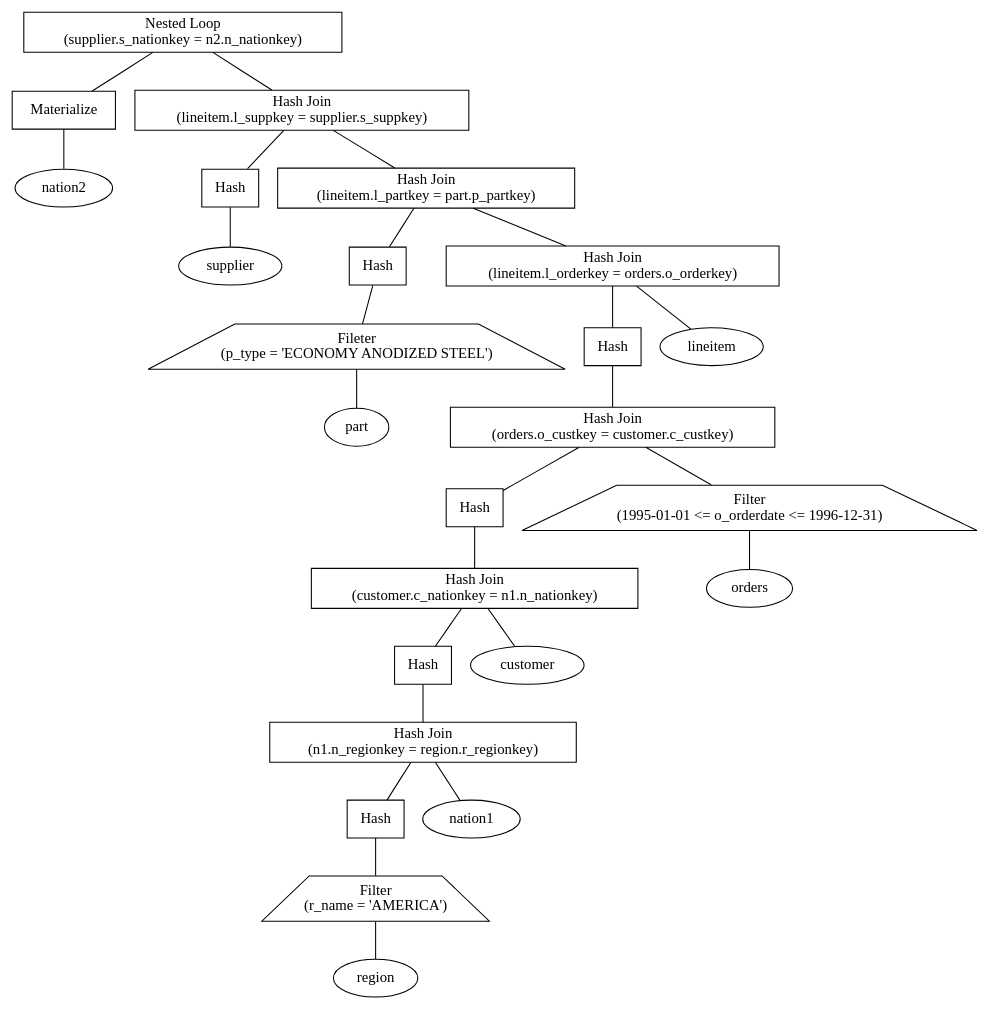
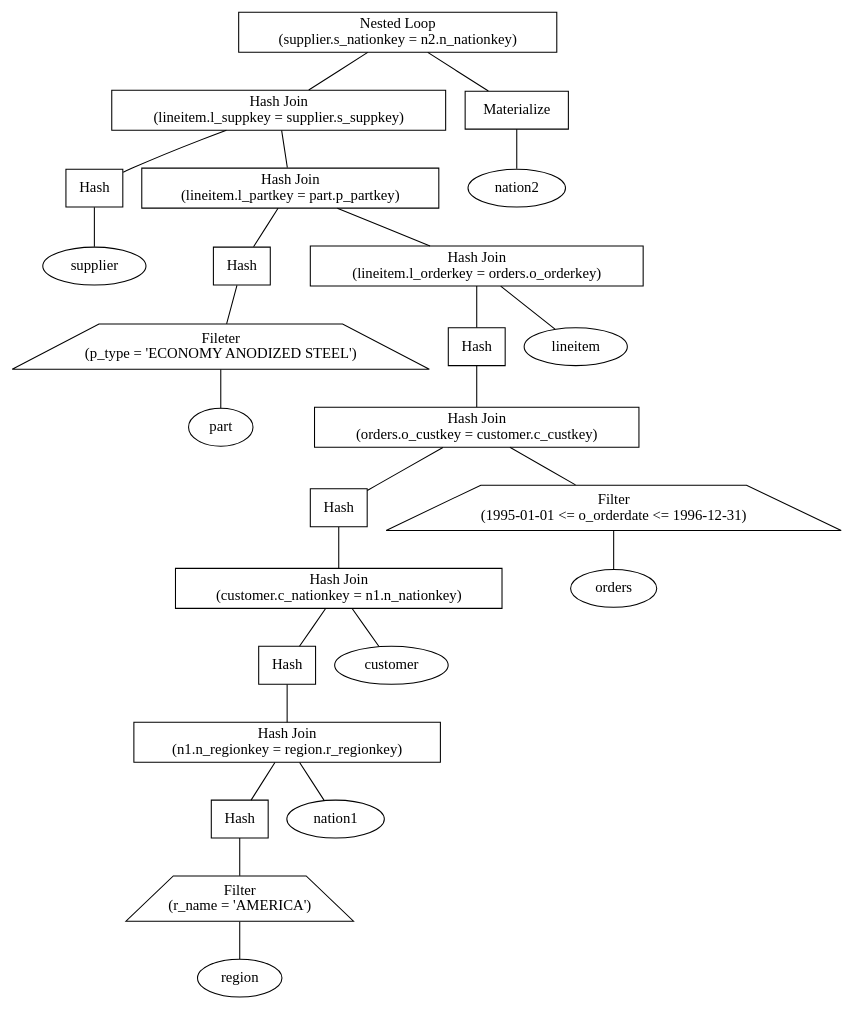
One commit to yajirobee/tpch changed the diagram in doc/report8/query8.dot. Above: the diagram before and after it, drawn with Graphviz. The commit also changed other lines of this file and 12 other files, not shown here.

```diff
--- a/doc/report8/query8.dot
+++ b/doc/report8/query8.dot
@@ -1,39 +1,39 @@
 graph query8core{
     ordering = out;
     Join1 [label = "Nested Loop\n(supplier.s_nationkey = n2.n_nationkey)", shape = box];
     Join2 [label = "Hash Join\n(lineitem.l_suppkey = supplier.s_suppkey)", shape = box];
     Join3 [label = "Hash Join\n(lineitem.l_partkey = part.p_partkey)", shape = box];
     Join4 [label = "Hash Join\n(lineitem.l_orderkey = orders.o_orderkey)", shape = box];
     Join5 [label = "Hash Join\n(orders.o_custkey = customer.c_custkey)", shape = box];
     Join6 [label = "Hash Join\n(customer.c_nationkey = n1.n_nationkey)", shape = box];
     Join7 [label = "Hash Join\n(n1.n_regionkey = region.r_regionkey)", shape = box];
     Filter1 [label = "Fileter\n(p_type = 'ECONOMY ANODIZED STEEL')"
              shape = trapezium, fixedsize = true, width = 5.5, height = .6];
     Filter2 [label = "Filter\n(1995-01-01 <= o_orderdate <= 1996-12-31)",
              shape = trapezium, fixedsize = true, width = 6., height = .6];
     Filter3 [label = "Filter\n(r_name = 'AMERICA')",
              shape = trapezium, fixedsize = true, width = 3., height = .6];
     Hash1 [label = "Hash", shape = box];
     Hash2 [label = "Hash", shape = box];
     Hash3 [label = "Hash", shape = box];
     Hash4 [label = "Hash", shape = box];
     Hash5 [label = "Hash", shape = box];
     Hash6 [label = "Hash", shape = box];
     Materialize1 [label = "Materialize", shape = box];
 
+    Join1 -- Join2;
     Join1 -- Materialize1;
     Materialize1  -- nation2;
-    Join1 -- Join2;
     Join2 -- Hash1 -- supplier;
     Join2 -- Join3;
     Join3 -- Hash2 -- Filter1 -- part;
     Join3 -- Join4;
     Join4 -- Hash3 -- Join5;
     Join4 -- lineitem;
     Join5 -- Hash4 -- Join6;
     Join5 -- Filter2 -- orders;
     Join6 -- Hash5 -- Join7;
     Join6 -- customer;
     Join7 -- Hash6 -- Filter3 -- region;
     Join7 -- nation1;
 }
```
